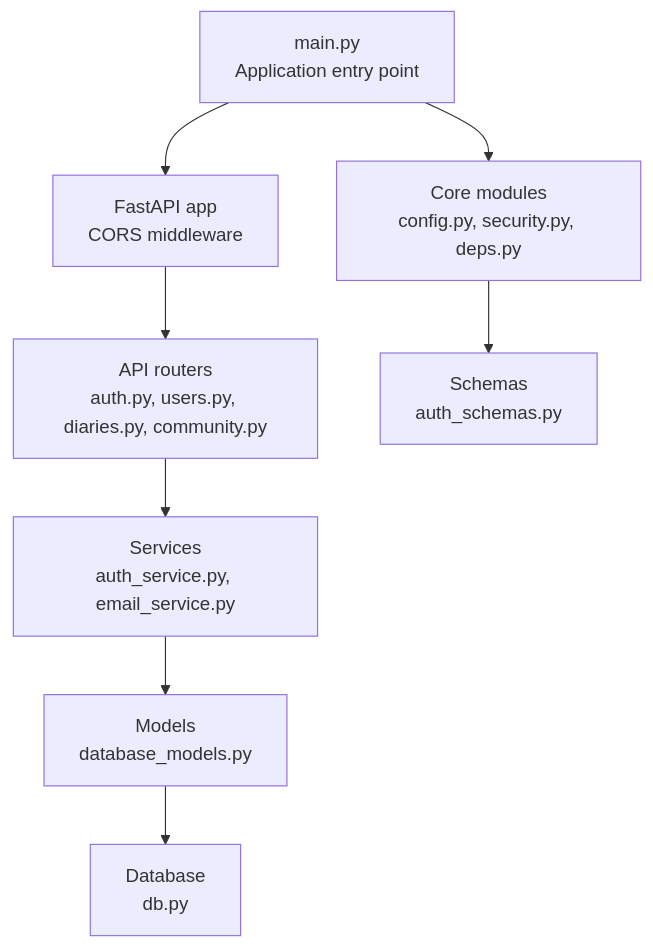
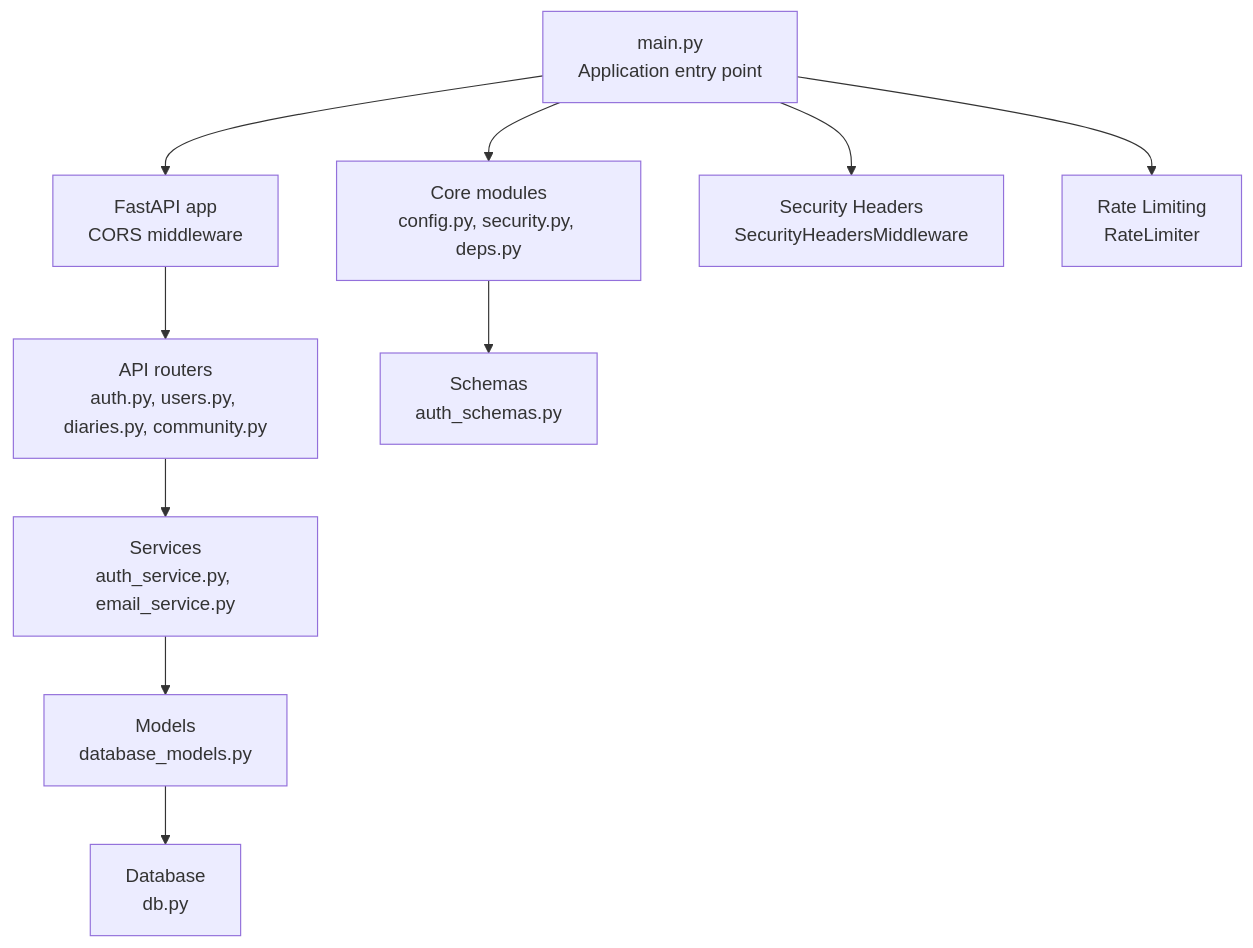
One commit to rainRise/aidiary changed the first of 7 diagrams in .qoder/repowiki/en/content/Security Considerations.md. Above: the diagram before and after it, drawn with Mermaid. The commit also changed other lines of this file and 21 other files, not shown here.

````diff
--- a/.qoder/repowiki/en/content/Security Considerations.md
+++ b/.qoder/repowiki/en/content/Security Considerations.md
@@ -47,10 +65,12 @@
 ```mermaid
 graph TB
 A["main.py<br/>Application entry point"] --> B["FastAPI app<br/>CORS middleware"]
 B --> C["API routers<br/>auth.py, users.py, diaries.py, community.py"]
 C --> D["Services<br/>auth_service.py, email_service.py"]
 D --> E["Models<br/>database_models.py"]
 E --> F["Database<br/>db.py"]
 A --> G["Core modules<br/>config.py, security.py, deps.py"]
 G --> H["Schemas<br/>auth_schemas.py"]
+A --> I["Security Headers<br/>SecurityHeadersMiddleware"]
+A --> J["Rate Limiting<br/>RateLimiter"]
 ```
````
